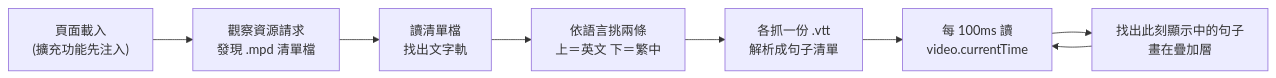
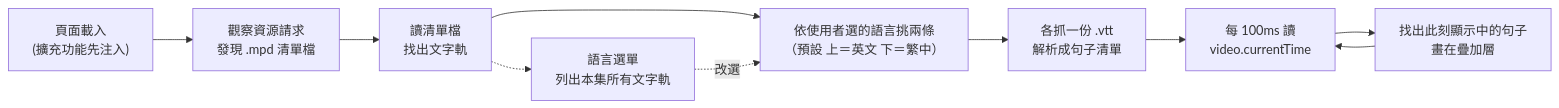
One commit to nate0815/dual-subs-for-hbo-max changed the diagram in doc/DESIGN.md. Above: the diagram before and after it, drawn with Mermaid. The commit also changed other lines of this file and 11 other files, not shown here.

````diff
--- a/doc/DESIGN.md
+++ b/doc/DESIGN.md
@@ -75,10 +76,12 @@
 ```mermaid
 flowchart LR
     A["頁面載入<br/>(擴充功能先注入)"] --> B["觀察資源請求<br/>發現 .mpd 清單檔"]
     B --> C["讀清單檔<br/>找出文字軌"]
-    C --> D["依語言挑兩條<br/>上＝英文 下＝繁中"]
+    C --> D["依使用者選的語言挑兩條<br/>（預設 上＝英文 下＝繁中）"]
+    C -.-> M["語言選單<br/>列出本集所有文字軌"]
+    M -.->|改選| D
     D --> E["各抓一份 .vtt<br/>解析成句子清單"]
     E --> F["每 100ms 讀<br/>video.currentTime"]
     F --> G["找出此刻顯示中的句子<br/>畫在疊加層"]
     G --> F
 ```
````
